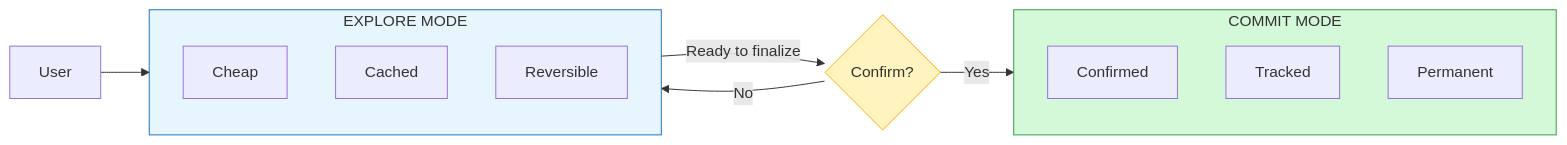
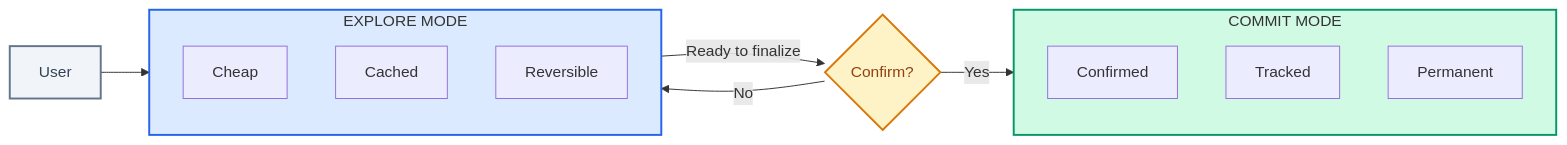
One commit to whoisrade/agentic-field-manual changed the second of 2 diagrams in 02-architecture/interaction-contract.md. Above: the diagram before and after it, drawn with Mermaid. The commit also changed other lines of this file and 18 other files, not shown here.

Commit message:
refine mermaid diagrams with enterprise color palette

````diff
--- a/02-architecture/interaction-contract.md
+++ b/02-architecture/interaction-contract.md
@@ -97,23 +97,24 @@
 ```mermaid
 flowchart LR
     subgraph Explore["EXPLORE MODE"]
-        E1[Cheap]
-        E2[Cached]
-        E3[Reversible]
+        E1["Cheap"]
+        E2["Cached"]
+        E3["Reversible"]
     end
     
     subgraph Commit["COMMIT MODE"]
-        C1[Confirmed]
-        C2[Tracked]
-        C3[Permanent]
+        C1["Confirmed"]
+        C2["Tracked"]
+        C3["Permanent"]
     end
     
-    User[User] --> Explore
-    Explore -->|"Ready to finalize"| Gate{Confirm?}
-    Gate -->|Yes| Commit
-    Gate -->|No| Explore
+    User["User"] --> Explore
+    Explore -->|"Ready to finalize"| Gate{"Confirm?"}
+    Gate -->|"Yes"| Commit
+    Gate -->|"No"| Explore
     
-    style Explore fill:#e7f5ff,stroke:#1971c2
-    style Commit fill:#d3f9d8,stroke:#2f9e44
-    style Gate fill:#fff3bf,stroke:#fab005
+    style User fill:#f1f5f9,stroke:#64748b,stroke-width:2px,color:#334155
+    style Explore fill:#dbeafe,stroke:#2563eb,stroke-width:2px
+    style Commit fill:#d1fae5,stroke:#059669,stroke-width:2px
+    style Gate fill:#fef3c7,stroke:#d97706,stroke-width:2px,color:#92400e
 ```
````
